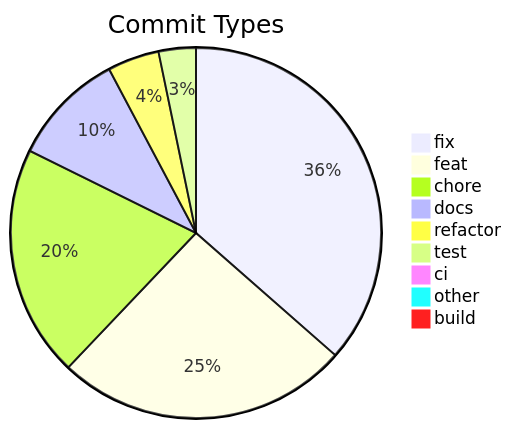
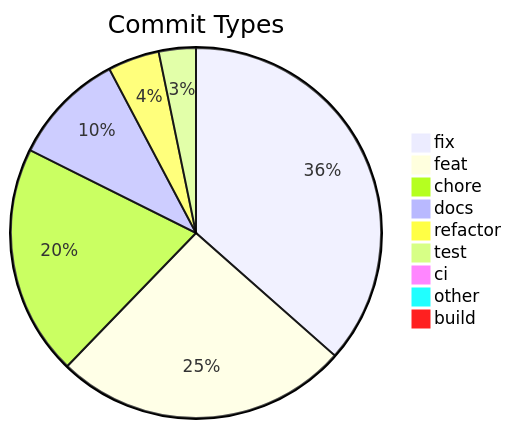
Before and after one commit to svenroth-ai/shipwright-webui: the diagram in .shipwright/compliance/change-history.md, drawn with Mermaid. The commit also changed other lines of this file and 33 other files, not shown here.

````diff
--- a/.shipwright/compliance/change-history.md
+++ b/.shipwright/compliance/change-history.md
@@ -8,12 +8,12 @@
 ```mermaid
 pie title Commit Types
-    "fix" : 202
-    "feat" : 142
+    "fix" : 203
+    "feat" : 143
     "chore" : 112
     "docs" : 55
     "refactor" : 25
     "test" : 18
     "ci" : 5
     "other" : 4
     "build" : 1
 ```
````
